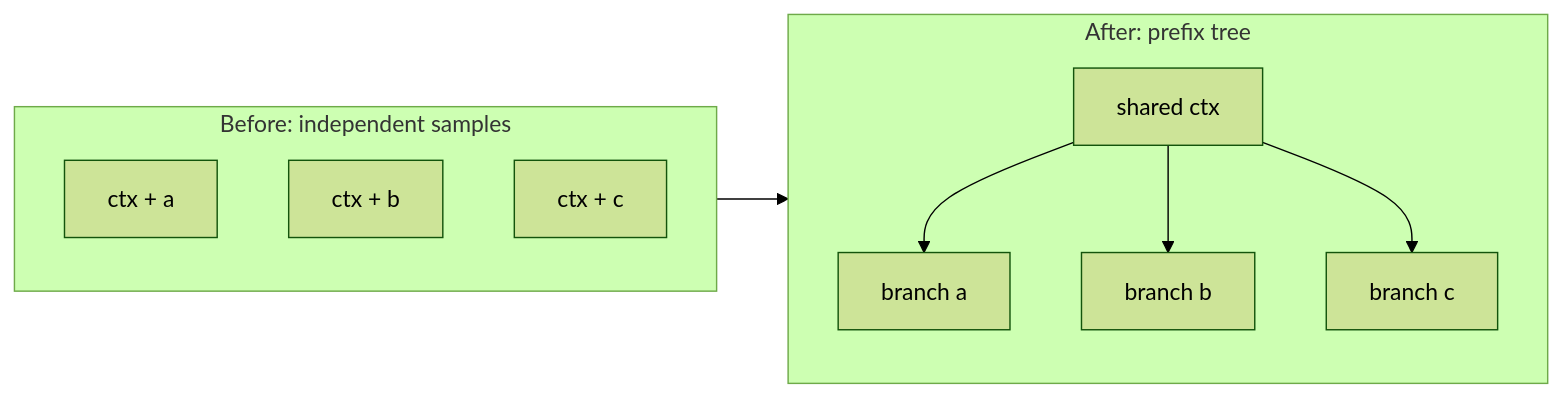
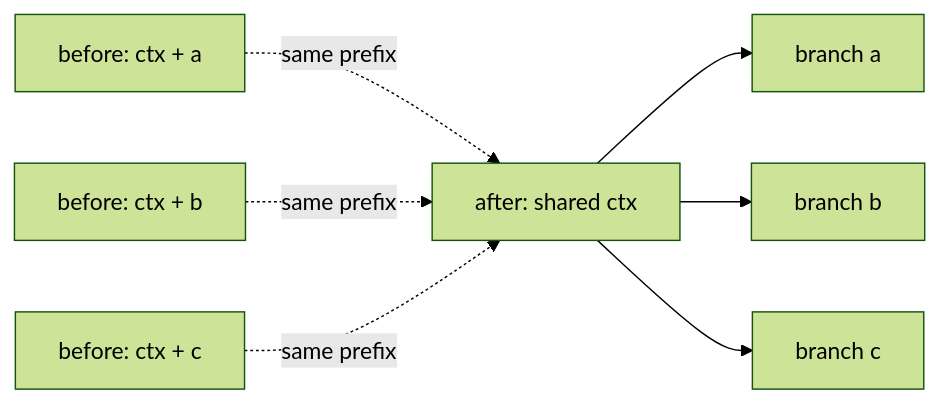
Before and after one commit to zrss/zrss.github.io: the second of 2 diagrams in source/_posts/minimax-m2-series.md, drawn with Mermaid (forest theme). The commit also changed other lines of this file, not shown here.

Commit message:
Refine MiniMax M2 post diagrams

```diff
--- a/source/_posts/minimax-m2-series.md
+++ b/source/_posts/minimax-m2-series.md
@@ -507,19 +503,18 @@
 {% mermaid flowchart LR %}
-  subgraph before["Before: independent samples"]
-    b1["ctx + a"]
-    b2["ctx + b"]
-    b3["ctx + c"]
-  end
+  b1["before: ctx + a"]
+  b2["before: ctx + b"]
+  b3["before: ctx + c"]
 
-  subgraph after["After: prefix tree"]
-    ctx["shared ctx"]
-    a["branch a"]
-    b["branch b"]
-    c["branch c"]
-    ctx --> a
-    ctx --> b
-    ctx --> c
-  end
+  ctx["after: shared ctx"]
+  a["branch a"]
+  b["branch b"]
+  c["branch c"]
 
-  before --> after
+  b1 -. same prefix .-> ctx
+  b2 -. same prefix .-> ctx
+  b3 -. same prefix .-> ctx
+
+  ctx --> a
+  ctx --> b
+  ctx --> c
 {% endmermaid %}
```
